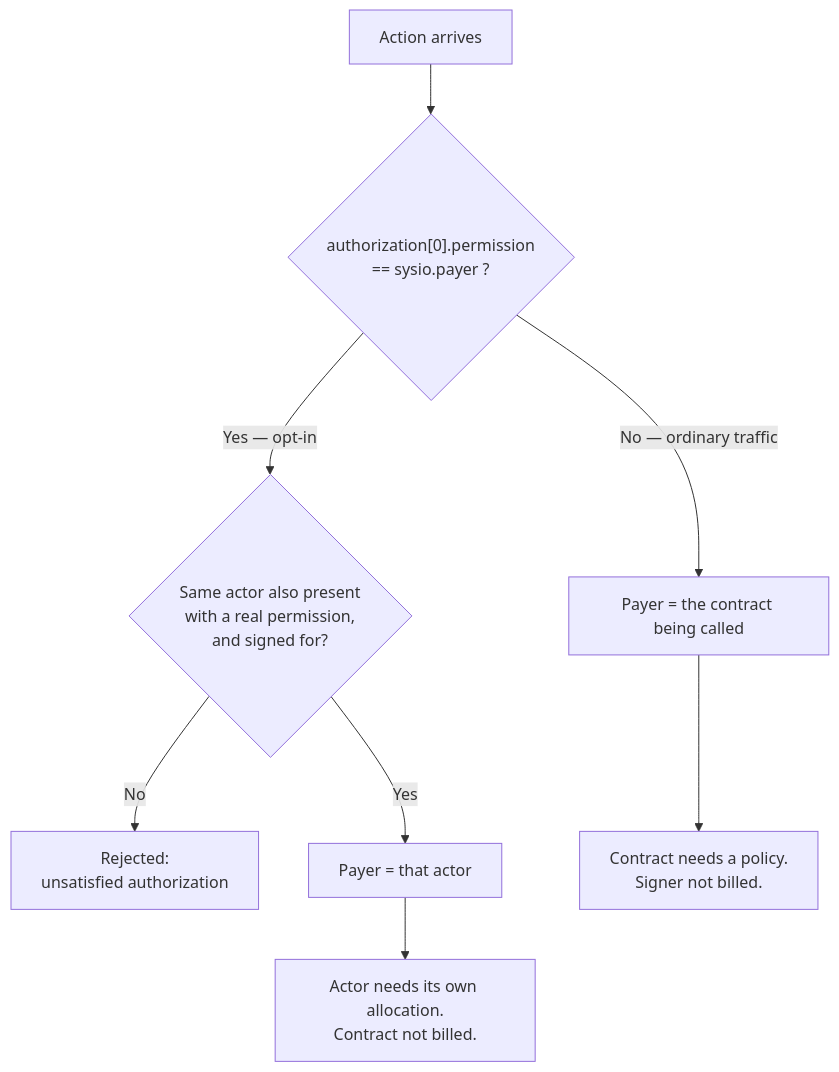
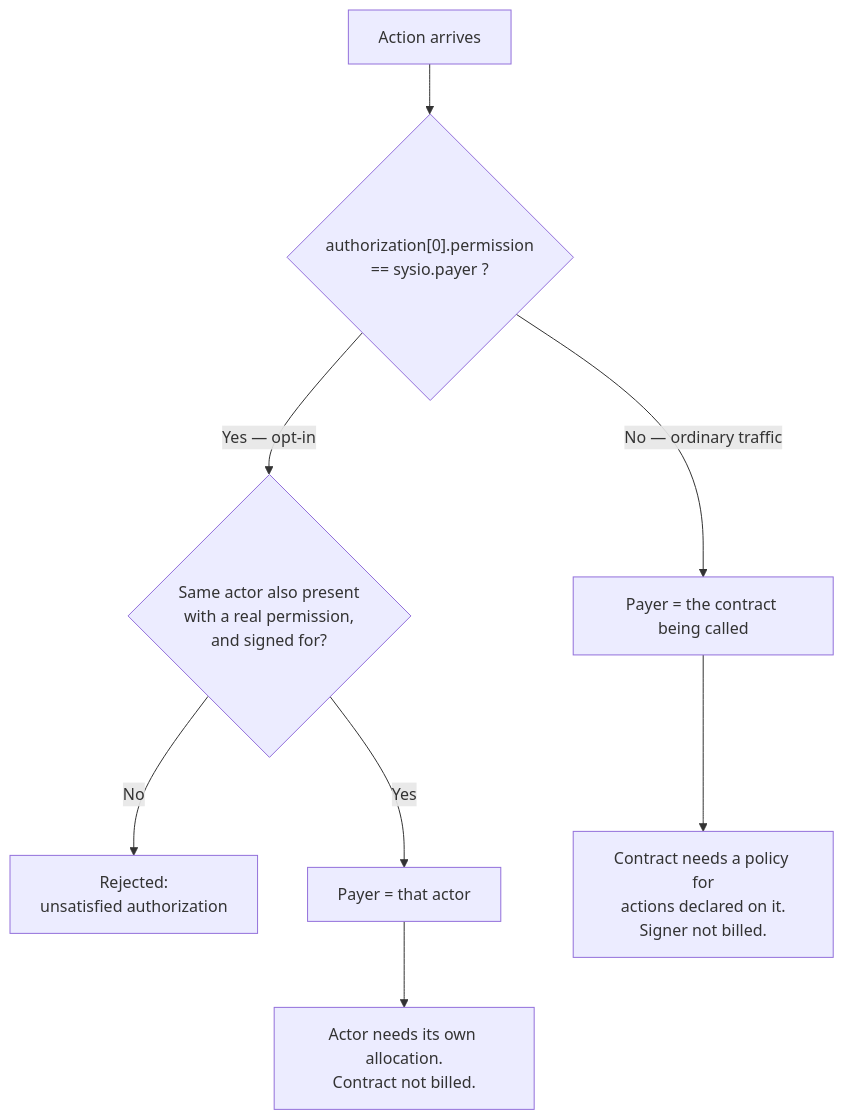
One commit to Wire-Network/wire-sysio changed the diagram in docs/roa-overview.md. Above: the diagram before and after it, drawn with Mermaid. The commit also changed other lines of this file, not shown here.

````diff
--- a/docs/roa-overview.md
+++ b/docs/roa-overview.md
@@ -148,10 +148,10 @@
 ```mermaid
 flowchart TD
     A["Action arrives"] --> B{"authorization[0].permission<br/>== sysio.payer ?"}
     B -->|"No — ordinary traffic"| C["Payer = the contract being called"]
     B -->|"Yes — opt-in"| D{"Same actor also present<br/>with a real permission,<br/>and signed for?"}
     D -->|"No"| E["Rejected:<br/>unsatisfied authorization"]
     D -->|"Yes"| F["Payer = that actor"]
-    C --> G["Contract needs a policy.<br/>Signer not billed."]
+    C --> G["Contract needs a policy for<br/>actions declared on it.<br/>Signer not billed."]
     F --> H["Actor needs its own allocation.<br/>Contract not billed."]
 ```
````
